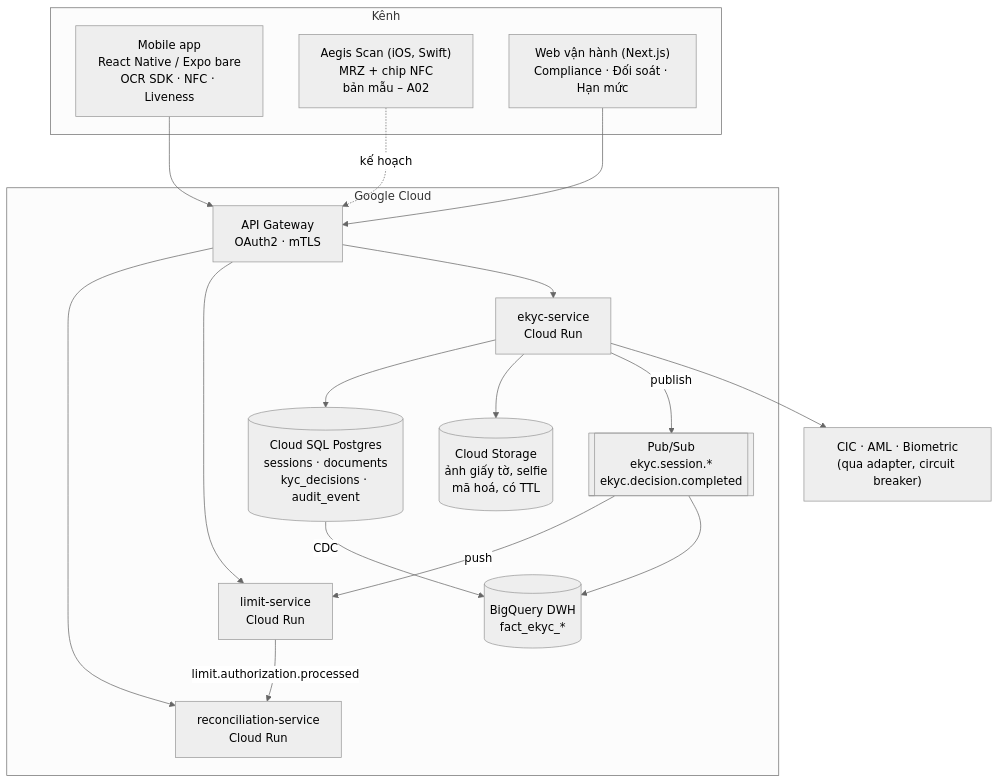
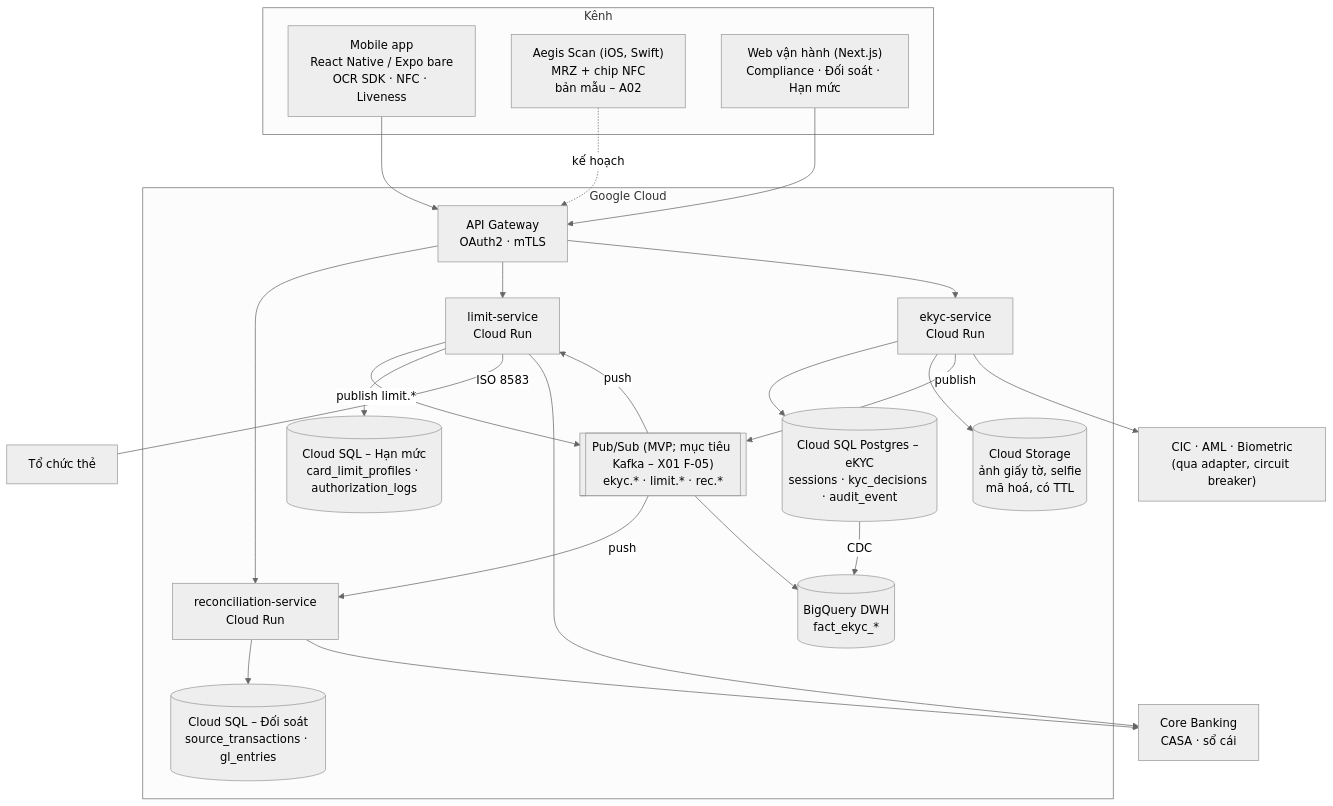
One commit to handao2303/aegis-ekyc-ui changed the second of 7 diagrams in docs/00-overview/A01-solution-overview.md. Above: the diagram before and after it, drawn with Mermaid (neutral theme). The commit also changed other lines of this file and 69 other files, not shown here.

First line of the commit message:
Modules 2 and 3 brought to Module 1 coverage, end-to-end flow check

````diff
--- a/docs/00-overview/A01-solution-overview.md
+++ b/docs/00-overview/A01-solution-overview.md
@@ -36,34 +51,41 @@
 ```mermaid
 flowchart TB
     subgraph CLIENT["Kênh"]
         MOB["Mobile app<br/>React Native / Expo bare<br/>OCR SDK · NFC · Liveness"]
         IOS["Aegis Scan (iOS, Swift)<br/>MRZ + chip NFC<br/>bản mẫu – A02"]
         WEB["Web vận hành (Next.js)<br/>Compliance · Đối soát · Hạn mức"]
     end
 
     subgraph GCP["Google Cloud"]
         GW["API Gateway<br/>OAuth2 · mTLS"]
         EK["ekyc-service<br/>Cloud Run"]
         LIM["limit-service<br/>Cloud Run"]
         REC["reconciliation-service<br/>Cloud Run"]
-        PS[["Pub/Sub<br/>ekyc.session.*<br/>ekyc.decision.completed"]]
-        DB[("Cloud SQL Postgres<br/>sessions · documents<br/>kyc_decisions · audit_event")]
+        PS[["Pub/Sub (MVP; mục tiêu Kafka – X01 F-05)<br/>ekyc.* · limit.* · rec.*"]]
+        DB[("Cloud SQL Postgres – eKYC<br/>sessions · kyc_decisions · audit_event")]
+        DBL[("Cloud SQL – Hạn mức<br/>card_limit_profiles · authorization_logs")]
+        DBR[("Cloud SQL – Đối soát<br/>source_transactions · gl_entries")]
         GCS[("Cloud Storage<br/>ảnh giấy tờ, selfie<br/>mã hoá, có TTL")]
         DWH[("BigQuery DWH<br/>fact_ekyc_*")]
     end
 
     MOB --> GW
     IOS -. "kế hoạch" .-> GW
     WEB --> GW
     GW --> REC
     GW --> LIM
-    LIM -- "limit.authorization.processed" --> REC
+    LIM -- "publish limit.*" --> PS
+    PS -- "push" --> REC
+    LIM --> DBL
+    REC --> DBR
+    LIM -- "ISO 8583" --- SCH["Tổ chức thẻ"]
+    LIM & REC --> CORE["Core Banking<br/>CASA · sổ cái"]
     GW --> EK
     EK --> DB
     EK --> GCS
     EK -- "publish" --> PS
     PS -- "push" --> LIM
     PS --> DWH
     DB -- "CDC" --> DWH
     EK --> EXT["CIC · AML · Biometric<br/>(qua adapter, circuit breaker)"]
 ```
````
